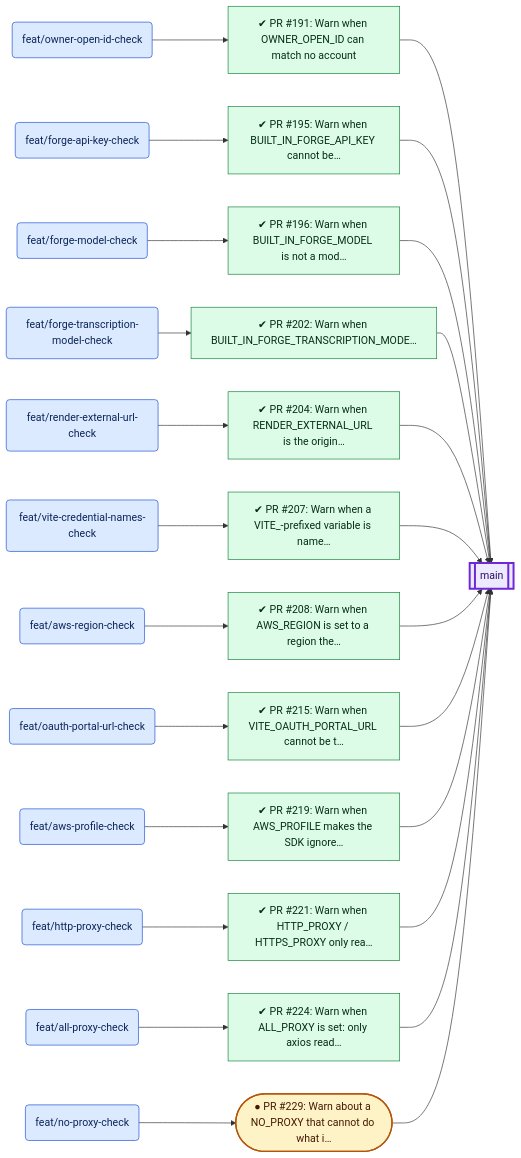
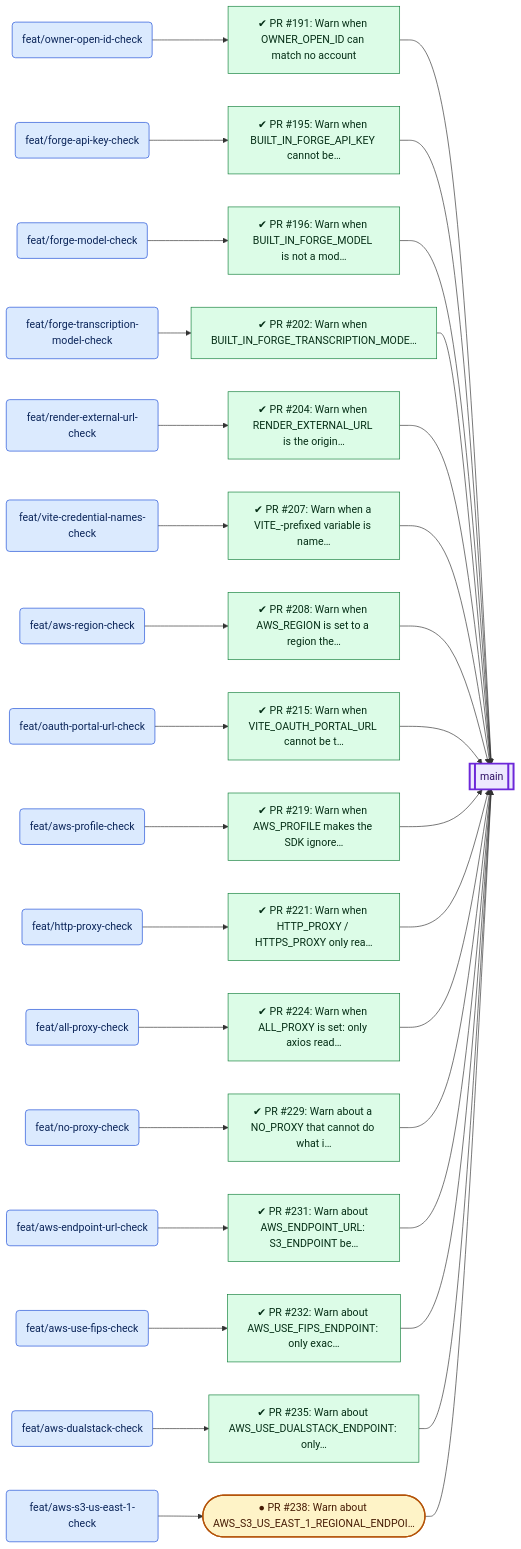
Before and after one commit to VijayKumaro7/NotionAI_Notepad: the fifth of 7 diagrams in docs/PR_BRANCH_VISUALIZATION.md, drawn with Mermaid. The commit also changed other lines of this file and 4 other files, not shown here.

````diff
--- a/docs/PR_BRANCH_VISUALIZATION.md
+++ b/docs/PR_BRANCH_VISUALIZATION.md
@@ -861,57 +879,73 @@
 ```mermaid
 flowchart LR
-  b118("feat/owner-open-id-check"):::source
-  b125[["main"]]:::target
-  b112("feat/forge-api-key-check"):::source
-  b113("feat/forge-model-check"):::source
-  b114("feat/forge-transcription-model-check"):::source
-  b119("feat/render-external-url-check"):::source
-  b120("feat/vite-credential-names-check"):::source
-  b111("feat/aws-region-check"):::source
-  b117("feat/oauth-portal-url-check"):::source
-  b110("feat/aws-profile-check"):::source
-  b115("feat/http-proxy-check"):::source
-  b109("feat/all-proxy-check"):::source
-  b116("feat/no-proxy-check"):::source
+  b126("feat/owner-open-id-check"):::source
+  b133[["main"]]:::target
+  b120("feat/forge-api-key-check"):::source
+  b121("feat/forge-model-check"):::source
+  b122("feat/forge-transcription-model-check"):::source
+  b127("feat/render-external-url-check"):::source
+  b128("feat/vite-credential-names-check"):::source
+  b117("feat/aws-region-check"):::source
+  b125("feat/oauth-portal-url-check"):::source
+  b116("feat/aws-profile-check"):::source
+  b123("feat/http-proxy-check"):::source
+  b113("feat/all-proxy-check"):::source
+  b124("feat/no-proxy-check"):::source
+  b115("feat/aws-endpoint-url-check"):::source
+  b119("feat/aws-use-fips-check"):::source
+  b114("feat/aws-dualstack-check"):::source
+  b118("feat/aws-s3-us-east-1-check"):::source
   p191["✔ PR #191: Warn when OWNER_OPEN_ID can match no account"]:::merged
   p195["✔ PR #195: Warn when BUILT_IN_FORGE_API_KEY cannot be…"]:::merged
   p196["✔ PR #196: Warn when BUILT_IN_FORGE_MODEL is not a mod…"]:::merged
   p202["✔ PR #202: Warn when BUILT_IN_FORGE_TRANSCRIPTION_MODE…"]:::merged
   p204["✔ PR #204: Warn when RENDER_EXTERNAL_URL is the origin…"]:::merged
   p207["✔ PR #207: Warn when a VITE_-prefixed variable is name…"]:::merged
   p208["✔ PR #208: Warn when AWS_REGION is set to a region the…"]:::merged
   p215["✔ PR #215: Warn when VITE_OAUTH_PORTAL_URL cannot be t…"]:::merged
   p219["✔ PR #219: Warn when AWS_PROFILE makes the SDK ignore…"]:::merged
   p221["✔ PR #221: Warn when HTTP_PROXY / HTTPS_PROXY only rea…"]:::merged
   p224["✔ PR #224: Warn when ALL_PROXY is set: only axios read…"]:::merged
-  p229(["● PR #229: Warn about a NO_PROXY that cannot do what i…"]):::open
-  b118 --> p191
-  p191 --> b125
-  b112 --> p195
-  p195 --> b125
-  b113 --> p196
-  p196 --> b125
-  b114 --> p202
-  p202 --> b125
-  b119 --> p204
-  p204 --> b125
-  b120 --> p207
-  p207 --> b125
-  b111 --> p208
-  p208 --> b125
-  b117 --> p215
-  p215 --> b125
-  b110 --> p219
-  p219 --> b125
-  b115 --> p221
-  p221 --> b125
-  b109 --> p224
-  p224 --> b125
-  b116 --> p229
-  p229 --> b125
+  p229["✔ PR #229: Warn about a NO_PROXY that cannot do what i…"]:::merged
+  p231["✔ PR #231: Warn about AWS_ENDPOINT_URL: S3_ENDPOINT be…"]:::merged
+  p232["✔ PR #232: Warn about AWS_USE_FIPS_ENDPOINT: only exac…"]:::merged
+  p235["✔ PR #235: Warn about AWS_USE_DUALSTACK_ENDPOINT: only…"]:::merged
+  p238(["● PR #238: Warn about AWS_S3_US_EAST_1_REGIONAL_ENDPOI…"]):::open
+  b126 --> p191
+  p191 --> b133
+  b120 --> p195
+  p195 --> b133
+  b121 --> p196
+  p196 --> b133
+  b122 --> p202
+  p202 --> b133
+  b127 --> p204
+  p204 --> b133
+  b128 --> p207
+  p207 --> b133
+  b117 --> p208
+  p208 --> b133
+  b125 --> p215
+  p215 --> b133
+  b116 --> p219
+  p219 --> b133
+  b123 --> p221
+  p221 --> b133
+  b113 --> p224
+  p224 --> b133
+  b124 --> p229
+  p229 --> b133
+  b115 --> p231
+  p231 --> b133
+  b119 --> p232
+  p232 --> b133
+  b114 --> p235
+  p235 --> b133
+  b118 --> p238
+  p238 --> b133
   classDef source fill:#dbeafe,stroke:#1d4ed8,color:#0b2559
   classDef target fill:#ede9fe,stroke:#6d28d9,stroke-width:3px,color:#2e1065
   classDef open fill:#fef3c7,stroke:#b45309,stroke-width:2px,color:#451a03
   classDef merged fill:#dcfce7,stroke:#15803d,color:#052e16
   classDef closed fill:#f3f4f6,stroke:#b91c1c,stroke-dasharray:5 3,color:#111827
 ```
````
